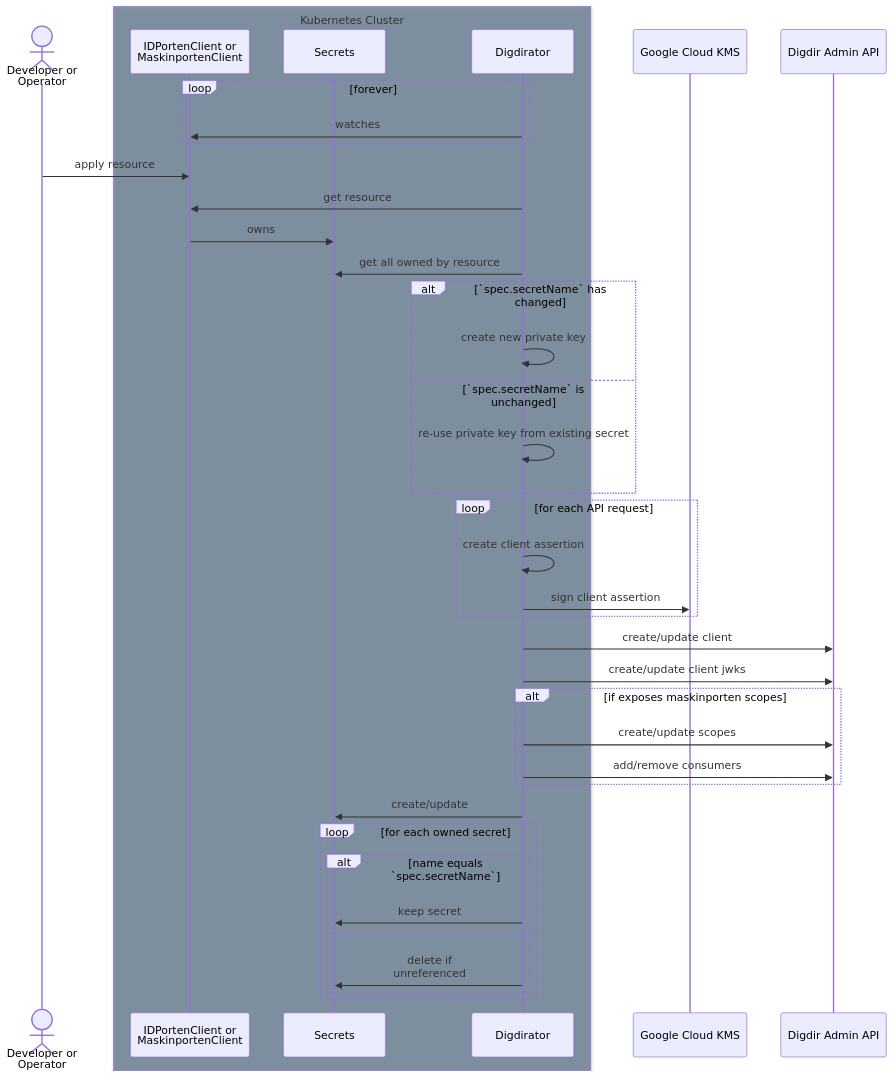
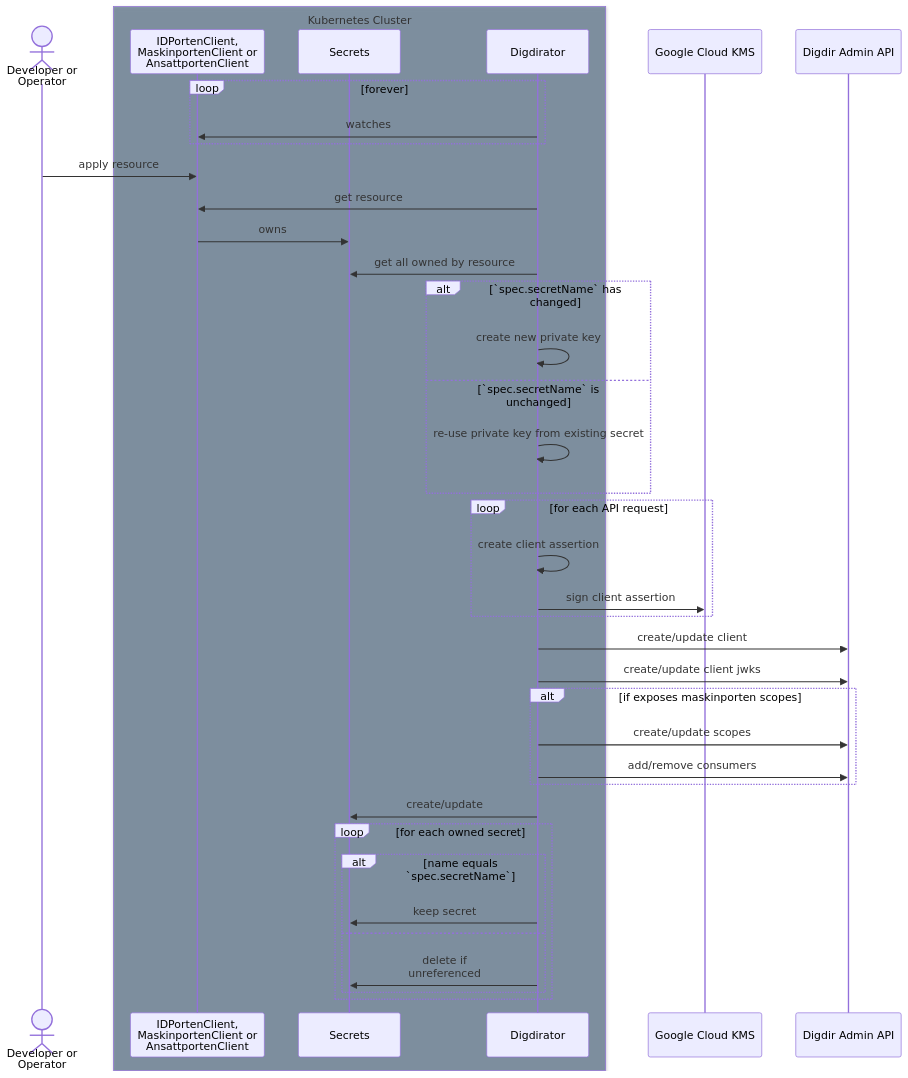
Before and after one commit to nais/digdirator: the diagram in README.md, drawn with Mermaid. The commit also changed other lines of this file and 32 other files, not shown here.

````diff
--- a/README.md
+++ b/README.md
@@ -100,42 +139,42 @@
 ```mermaid
 sequenceDiagram
     actor developer as Developer or<br/>Operator
     box rgba(33,66,99,0.5) Kubernetes Cluster
-        participant crd as IDPortenClient or<br/>MaskinportenClient
+        participant crd as IDPortenClient,<br/>MaskinportenClient or<br/>AnsattportenClient
         participant secrets as Secrets
         participant digdirator as Digdirator
     end
     participant kms as Google Cloud KMS
     participant digdir as Digdir Admin API
 
     loop forever
       digdirator ->> crd: watches
     end
     developer ->> crd: apply resource
     digdirator ->> crd: get resource
     crd ->> secrets: owns
     digdirator ->> secrets: get all owned by resource
     alt `spec.secretName` has changed
       digdirator ->> digdirator: create new private key
     else `spec.secretName` is unchanged
       digdirator ->> digdirator: re-use private key from existing secret
     end
     loop for each API request
       digdirator ->> digdirator: create client assertion
       digdirator ->> kms: sign client assertion
     end
     digdirator ->> digdir: create/update client
     digdirator ->> digdir: create/update client jwks
     alt if exposes maskinporten scopes
       digdirator ->> digdir: create/update scopes
       digdirator ->> digdir: add/remove consumers
     end
     digdirator ->> secrets: create/update
     loop for each owned secret
       alt name equals `spec.secretName`
         digdirator ->> secrets: keep secret
       else
         digdirator ->> secrets: delete if<br/>unreferenced
       end
     end
 ```
````
